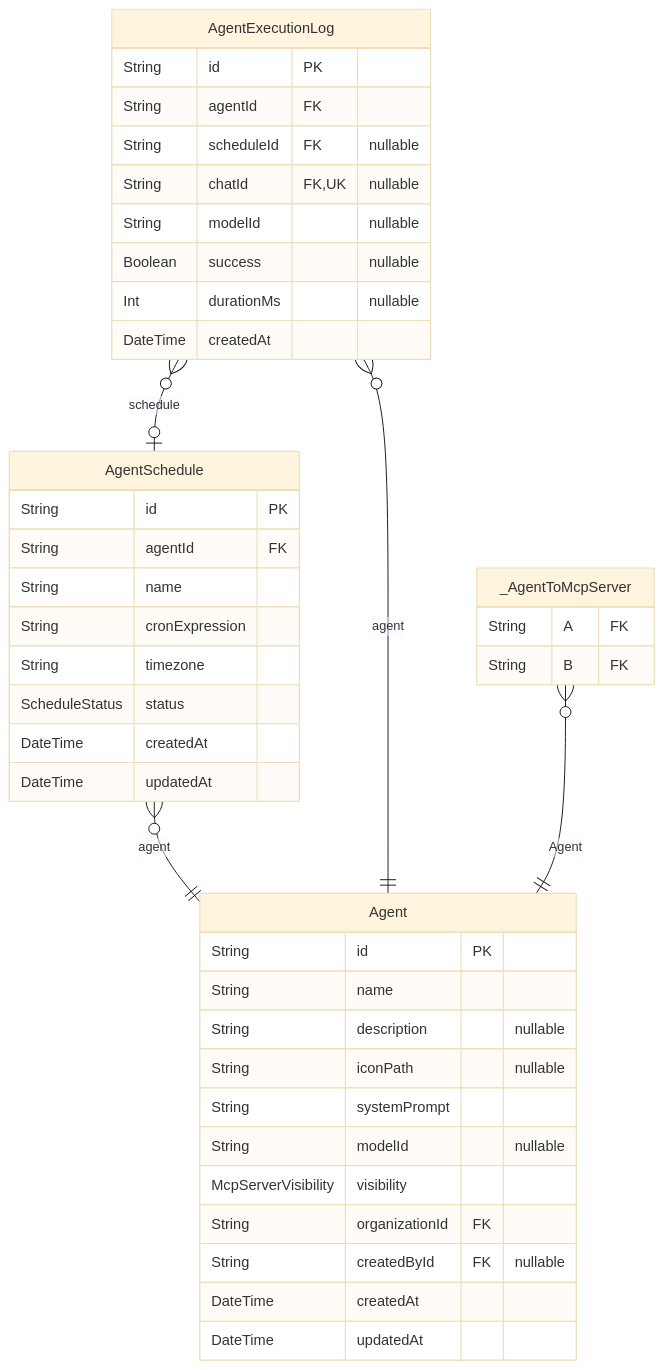
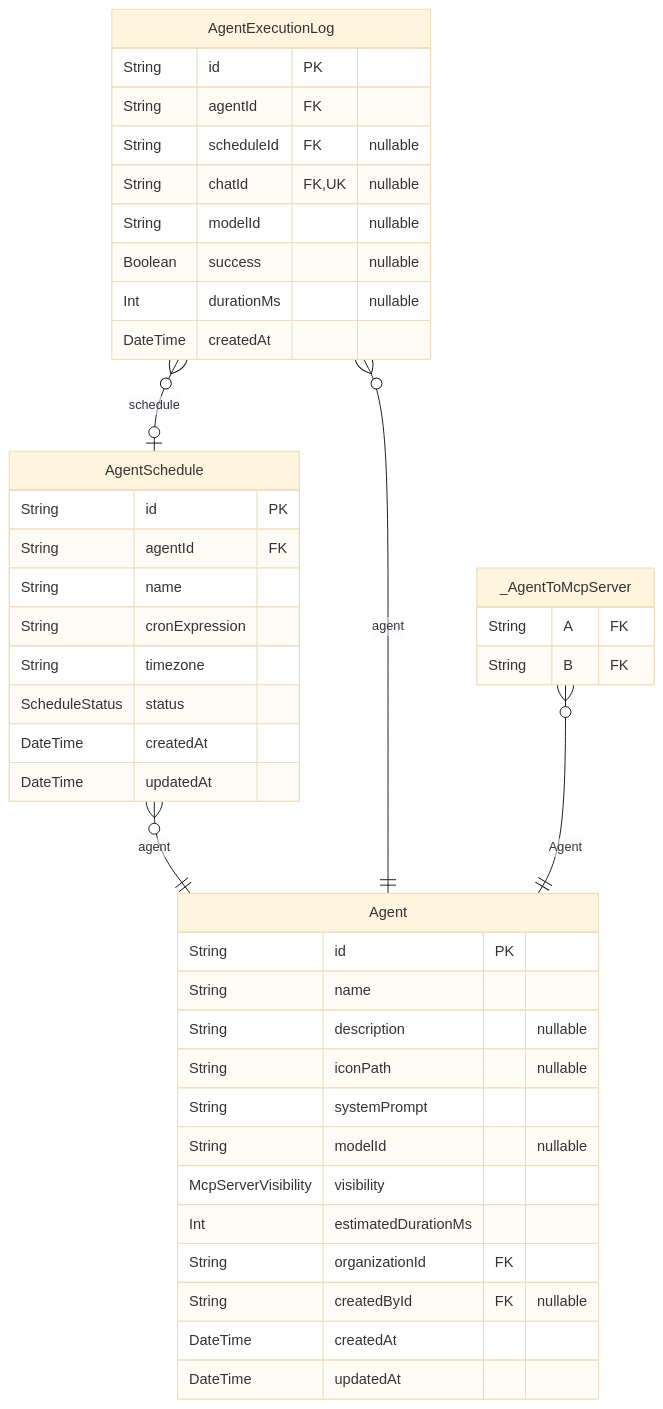
One commit to rayven122/tumiki changed the first of 10 diagrams in packages/db/prisma/README.md. Above: the diagram before and after it, drawn with Mermaid (base theme). The commit also changed other lines of this file and 54 other files, not shown here.

````diff
--- a/packages/db/prisma/README.md
+++ b/packages/db/prisma/README.md
@@ -16,44 +16,45 @@
 ```mermaid
 erDiagram
 "Agent" {
   String id PK
   String name
   String description "nullable"
   String iconPath "nullable"
   String systemPrompt
   String modelId "nullable"
   McpServerVisibility visibility
+  Int estimatedDurationMs
   String organizationId FK
   String createdById FK "nullable"
   DateTime createdAt
   DateTime updatedAt
 }
 "AgentSchedule" {
   String id PK
   String agentId FK
   String name
   String cronExpression
   String timezone
   ScheduleStatus status
   DateTime createdAt
   DateTime updatedAt
 }
 "AgentExecutionLog" {
   String id PK
   String agentId FK
   String scheduleId FK "nullable"
   String chatId FK,UK "nullable"
   String modelId "nullable"
   Boolean success "nullable"
   Int durationMs "nullable"
   DateTime createdAt
 }
 "_AgentToMcpServer" {
   String A FK
   String B FK
 }
 "AgentSchedule" }o--|| "Agent" : agent
 "AgentExecutionLog" }o--|| "Agent" : agent
 "AgentExecutionLog" }o--o| "AgentSchedule" : schedule
 "_AgentToMcpServer" }o--|| "Agent" : Agent
 ```
````
